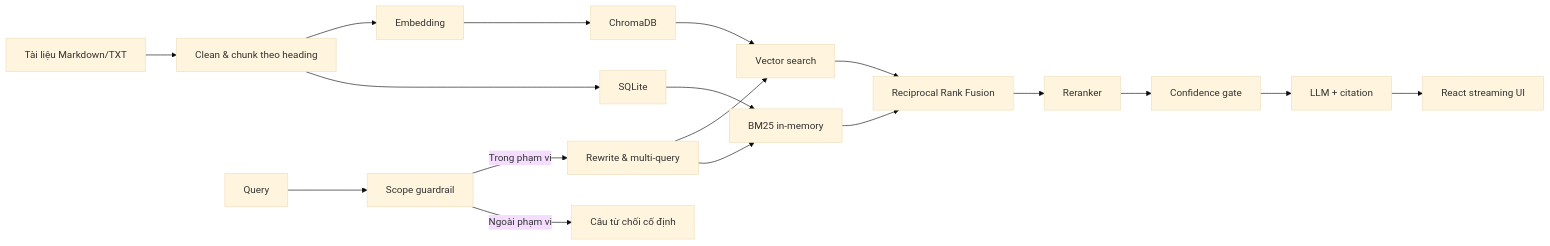
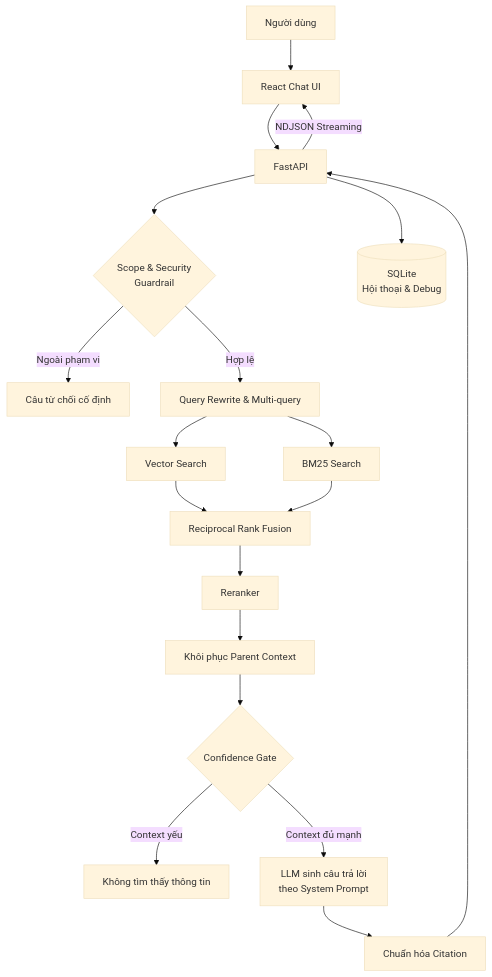
Before and after one commit to 8thMay03/PTIT-Chatbot: the second of 2 diagrams in README.md, drawn with Mermaid (base theme). The commit also changed other lines of this file, not shown here.

````diff
--- a/README.md
+++ b/README.md
@@ -27,21 +57,25 @@
 ```mermaid
-flowchart LR
-    D["Tài liệu Markdown/TXT"] --> I["Clean & chunk theo heading"]
-    I --> E["Embedding"]
-    E --> V["ChromaDB"]
-    I --> S["SQLite"]
+flowchart TD
+    U["Người dùng"] --> UI["React Chat UI"]
+    UI --> API["FastAPI"]
+    API --> GR{"Scope & Security<br/>Guardrail"}
 
-    Q["Query"] --> G["Scope guardrail"]
-    G -->|"Trong phạm vi"| W["Rewrite & multi-query"]
-    G -->|"Ngoài phạm vi"| X["Câu từ chối cố định"]
-    W --> VS["Vector search"]
-    W --> B["BM25 in-memory"]
-    V --> VS
-    S --> B
+    GR -->|"Ngoài phạm vi"| REFUSE["Câu từ chối cố định"]
+    GR -->|"Hợp lệ"| QR["Query Rewrite & Multi-query"]
+
+    QR --> VS["Vector Search"]
+    QR --> BM["BM25 Search"]
     VS --> RRF["Reciprocal Rank Fusion"]
-    B --> RRF
+    BM --> RRF
     RRF --> RR["Reranker"]
-    RR --> C["Confidence gate"]
-    C --> L["LLM + citation"]
-    L --> UI["React streaming UI"]
+    RR --> PC["Khôi phục Parent Context"]
+    PC --> CF{"Confidence Gate"}
+
+    CF -->|"Context yếu"| NOCTX["Không tìm thấy thông tin"]
+    CF -->|"Context đủ mạnh"| LLM["LLM sinh câu trả lời<br/>theo System Prompt"]
+    LLM --> CIT["Chuẩn hóa Citation"]
+    CIT --> API
+    API -->|"NDJSON Streaming"| UI
+
+    API --> DB[("SQLite<br/>Hội thoại & Debug")]
 ```
````
